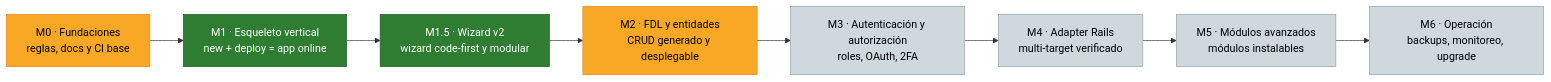
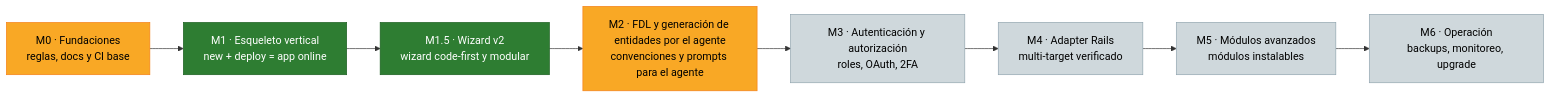
One commit to dmaure/fractal changed the first of 2 diagrams in docs/MAPA_DE_PROGRESO.md. Above: the diagram before and after it, drawn with Mermaid. The commit also changed other lines of this file and 2 other files, not shown here.

````diff
--- a/docs/MAPA_DE_PROGRESO.md
+++ b/docs/MAPA_DE_PROGRESO.md
@@ -64,21 +66,21 @@
 ```mermaid
 flowchart LR
     M0["M0 · Fundaciones<br/>reglas, docs y CI base"]
     M1["M1 · Esqueleto vertical<br/>new + deploy = app online"]
     M1.5["M1.5 · Wizard v2<br/>wizard code-first y modular"]
-    M2["M2 · FDL y entidades<br/>CRUD generado y desplegable"]
+    M2["M2 · FDL y generación de entidades por el agente<br/>convenciones y prompts para el agente"]
     M3["M3 · Autenticación y autorización<br/>roles, OAuth, 2FA"]
     M4["M4 · Adapter Rails<br/>multi-target verificado"]
     M5["M5 · Módulos avanzados<br/>módulos instalables"]
     M6["M6 · Operación<br/>backups, monitoreo, upgrade"]
 
     M0 --> M1 --> M1.5 --> M2 --> M3 --> M4 --> M5 --> M6
 
     classDef done fill:#2e7d32,color:#fff,stroke:#1b5e20;
     classDef curso fill:#f9a825,color:#000,stroke:#f57f17;
     classDef pend fill:#cfd8dc,color:#000,stroke:#90a4ae;
 
     class M1,M1.5 done;
     class M0,M2 curso;
     class M3,M4,M5,M6 pend;
 ```
````
